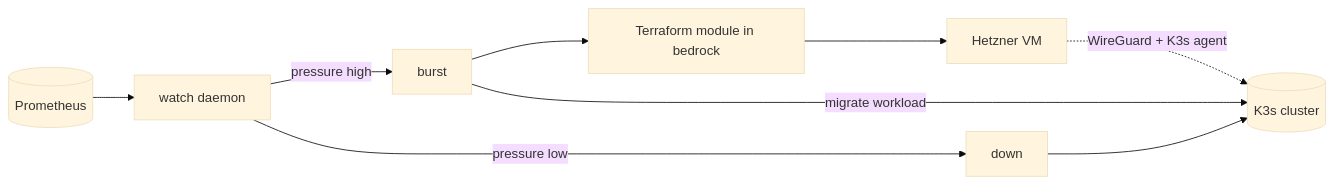
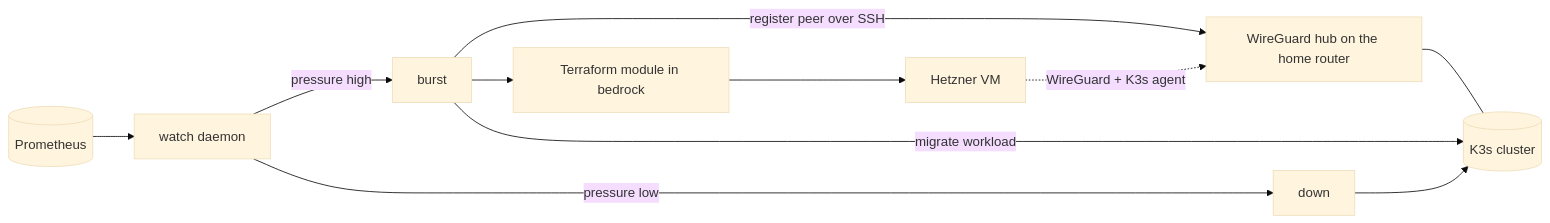
Before and after one commit to lucawalz/horizon: the diagram in README.md, drawn with Mermaid (base theme). The commit also changed other lines of this file, not shown here.

Commit message:
docs: add the wireguard hub to the mermaid and fix status example ips

````diff
--- a/README.md
+++ b/README.md
@@ -33,11 +33,13 @@
 ```mermaid
 flowchart LR
   prom[(Prometheus)] --> watch[watch daemon]
   watch -->|pressure high| burst[burst]
   burst --> tf[Terraform module in bedrock]
   tf --> vm[Hetzner VM]
-  vm -. WireGuard + K3s agent .-> cluster[(K3s cluster)]
+  burst -->|register peer over SSH| hub[WireGuard hub on the home router]
+  vm -. WireGuard + K3s agent .-> hub
+  hub --- cluster[(K3s cluster)]
   burst -->|migrate workload| cluster
   watch -->|pressure low| down[down]
   down --> cluster
 ```
````
